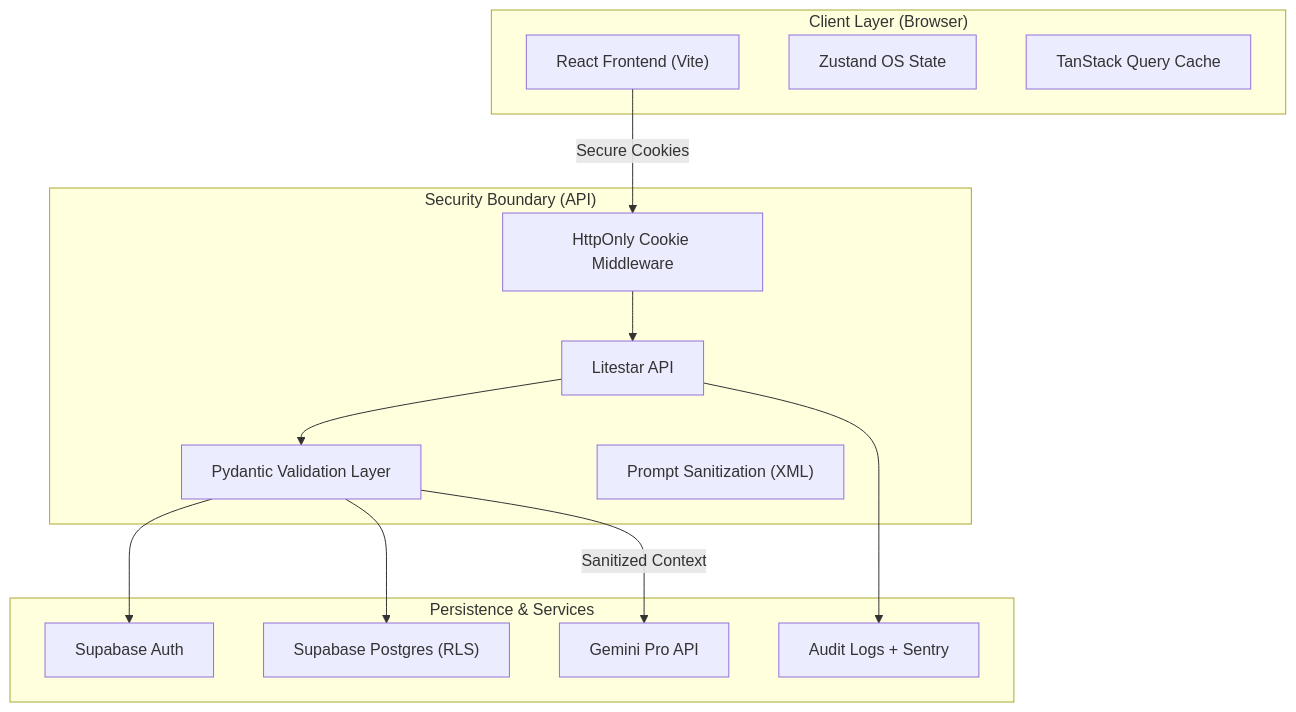
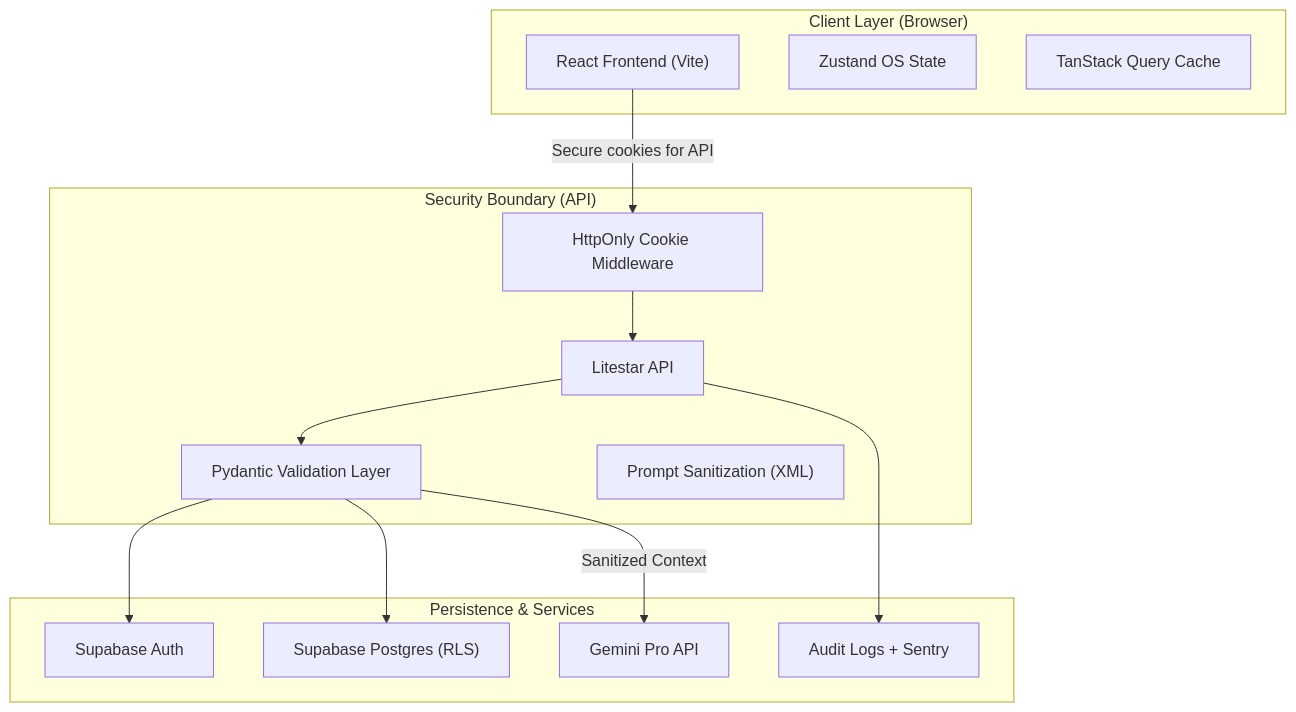
One commit to Raoof128/Nexus-OS changed the diagram in docs/architecture.md. Above: the diagram before and after it, drawn with Mermaid. The commit also changed other lines of this file and 127 other files, not shown here.

````diff
--- a/docs/architecture.md
+++ b/docs/architecture.md
@@ -7,30 +7,30 @@
 ```mermaid
 flowchart TD
   subgraph "Client Layer (Browser)"
     F["React Frontend (Vite)"]
     S["Zustand OS State"]
     Q["TanStack Query Cache"]
   end
 
   subgraph "Security Boundary (API)"
     A["Litestar API"]
     C["HttpOnly Cookie Middleware"]
     V["Pydantic Validation Layer"]
     P["Prompt Sanitization (XML)"]
   end
 
   subgraph "Persistence & Services"
     Auth["Supabase Auth"]
     DB["Supabase Postgres (RLS)"]
     AI["Gemini Pro API"]
     Audit["Audit Logs + Sentry"]
   end
 
-  F -->|Secure Cookies| C
+  F -->|Secure cookies for API| C
   C --> A
   A --> V
   V --> Auth
   V --> DB
   V -->|Sanitized Context| AI
   A --> Audit
 ```
````
